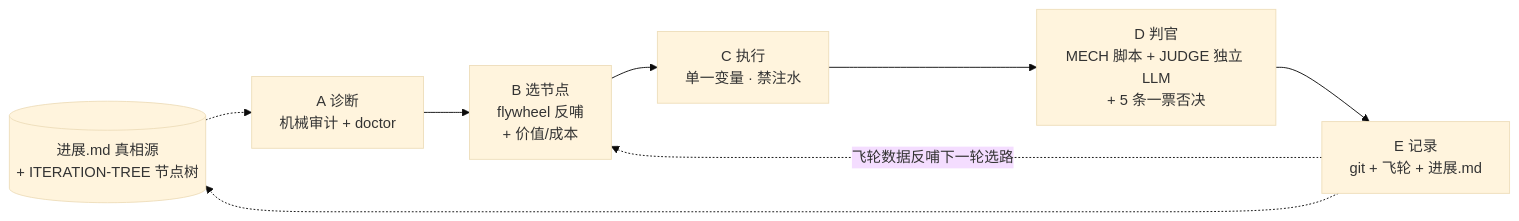
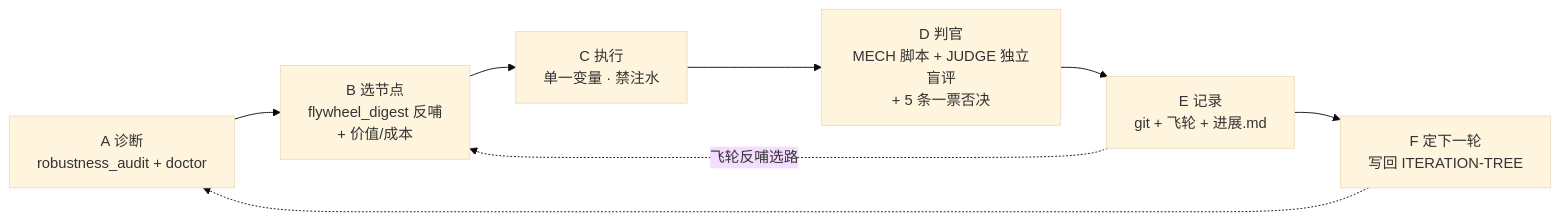
Before and after one commit to z1834691-coder/KB-Agent: the third of 3 diagrams in README.md, drawn with Mermaid (base theme). The commit also changed other lines of this file, not shown here.

````diff
--- a/README.md
+++ b/README.md
@@ -48,11 +210,10 @@
 ```mermaid
 flowchart LR
-    TRUTH[("进展.md 真相源<br/>+ ITERATION-TREE 节点树")]
-    A["A 诊断<br/>机械审计 + doctor"] --> B["B 选节点<br/>flywheel 反哺<br/>+ 价值/成本"]
+    A["A 诊断<br/>robustness_audit + doctor"] --> B["B 选节点<br/>flywheel_digest 反哺<br/>+ 价值/成本"]
     B --> C["C 执行<br/>单一变量 · 禁注水"]
-    C --> D["D 判官<br/>MECH 脚本 + JUDGE 独立 LLM<br/>+ 5 条一票否决"]
+    C --> D["D 判官<br/>MECH 脚本 + JUDGE 独立盲评<br/>+ 5 条一票否决"]
     D --> E["E 记录<br/>git + 飞轮 + 进展.md"]
-    E -.->|"飞轮数据反哺下一轮选路"| B
-    TRUTH -.-> A
-    E -.-> TRUTH
+    E --> F["F 定下一轮<br/>写回 ITERATION-TREE"]
+    F -.-> A
+    E -.->|"飞轮反哺选路"| B
 ```
````
